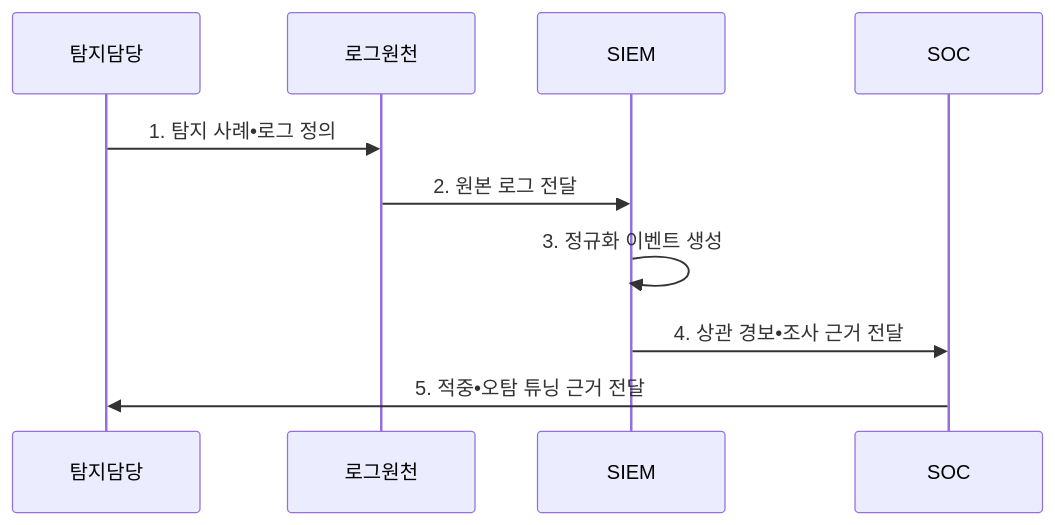
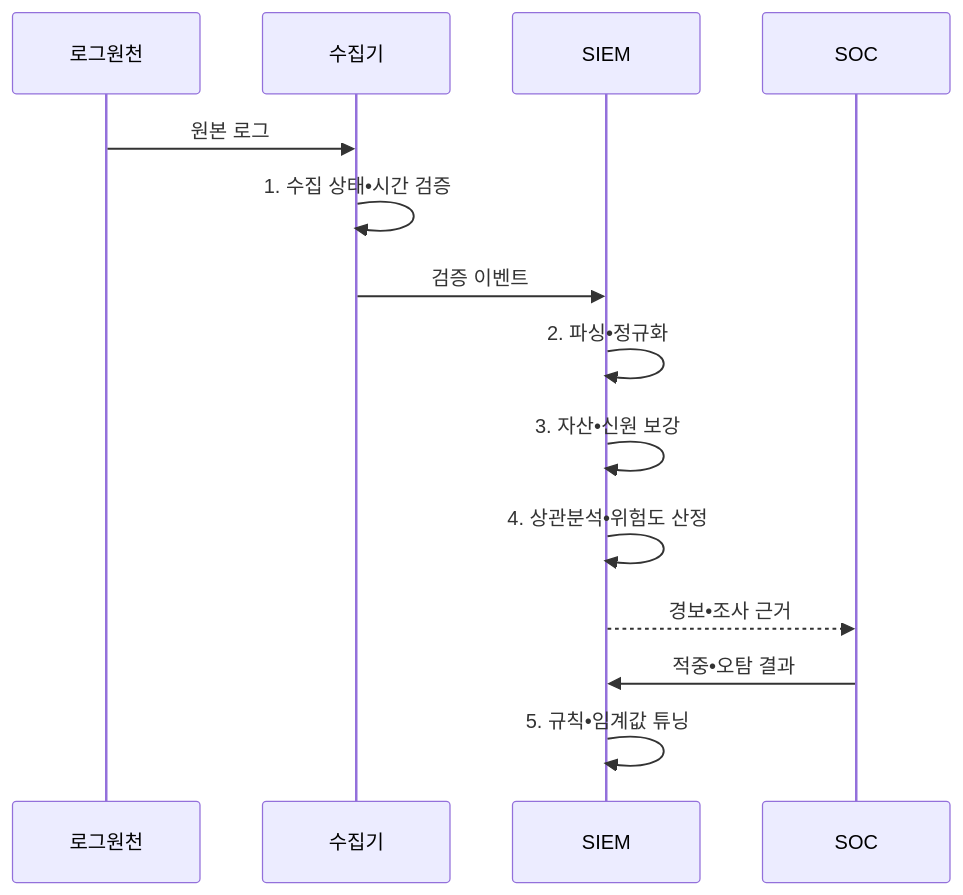
One commit to agnusdei1207/knowledge-base changed the second of 2 diagrams in src/content/docs/notes/05-security/035_siem.md. Above: the diagram before and after it, drawn with Mermaid. The commit also changed other lines of this file and 13 other files, not shown here.

````diff
--- a/src/content/docs/notes/05-security/035_siem.md
+++ b/src/content/docs/notes/05-security/035_siem.md
@@ -104,12 +104,16 @@
 ```mermaid
 sequenceDiagram
-    participant 탐지담당
     participant 로그원천
+    participant 수집기
     participant SIEM
     participant SOC
-    탐지담당->>로그원천: 1. 탐지 사례•로그 정의
-    로그원천->>SIEM: 2. 원본 로그 전달
-    SIEM->>SIEM: 3. 정규화 이벤트 생성
-    SIEM->>SOC: 4. 상관 경보•조사 근거 전달
-    SOC->>탐지담당: 5. 적중•오탐 튜닝 근거 전달
+    로그원천->>수집기: 원본 로그
+    수집기->>수집기: 1. 수집 상태•시간 검증
+    수집기->>SIEM: 검증 이벤트
+    SIEM->>SIEM: 2. 파싱•정규화
+    SIEM->>SIEM: 3. 자산•신원 보강
+    SIEM->>SIEM: 4. 상관분석•위험도 산정
+    SIEM-->>SOC: 경보•조사 근거
+    SOC->>SIEM: 적중•오탐 결과
+    SIEM->>SIEM: 5. 규칙•임계값 튜닝
 ```
````
